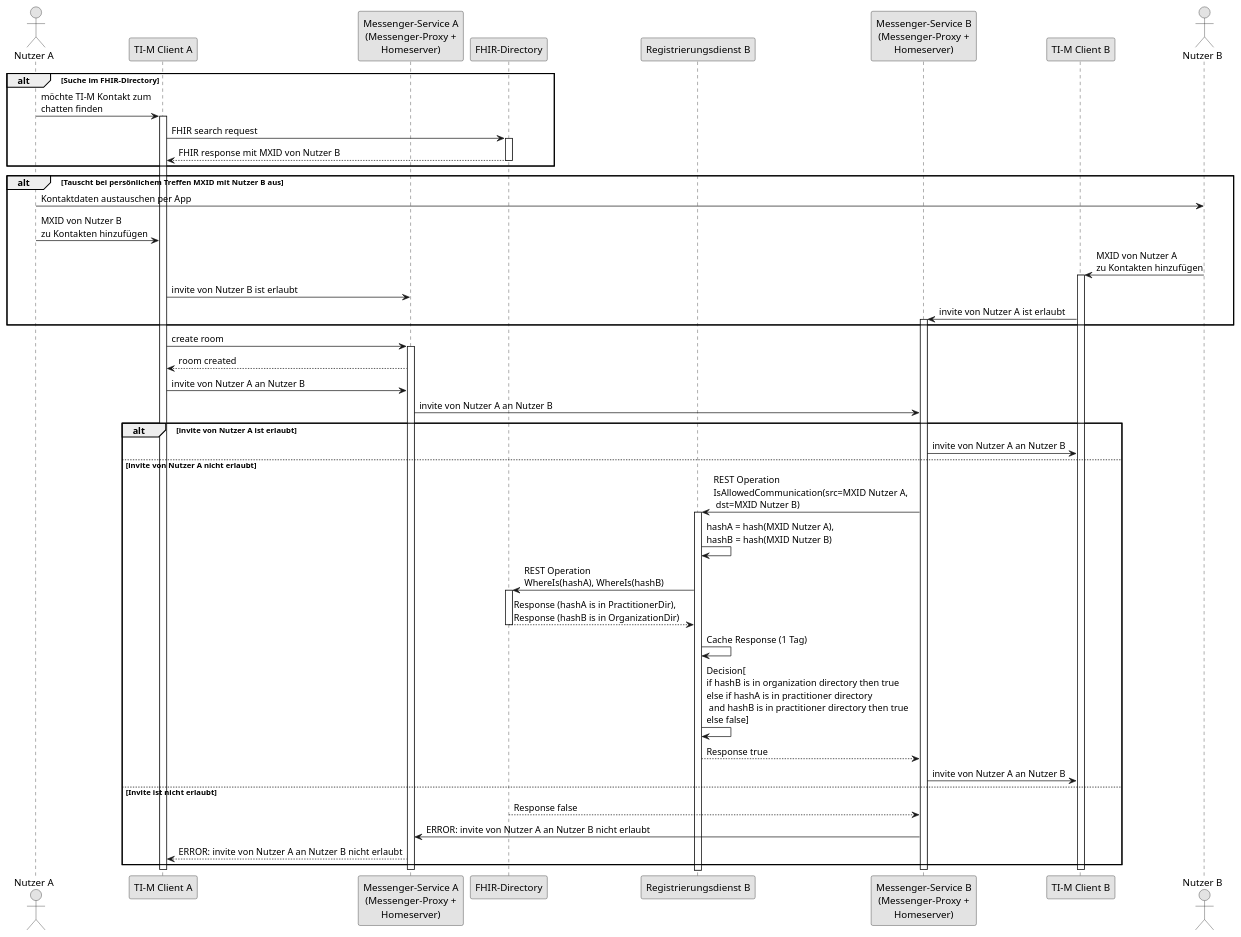
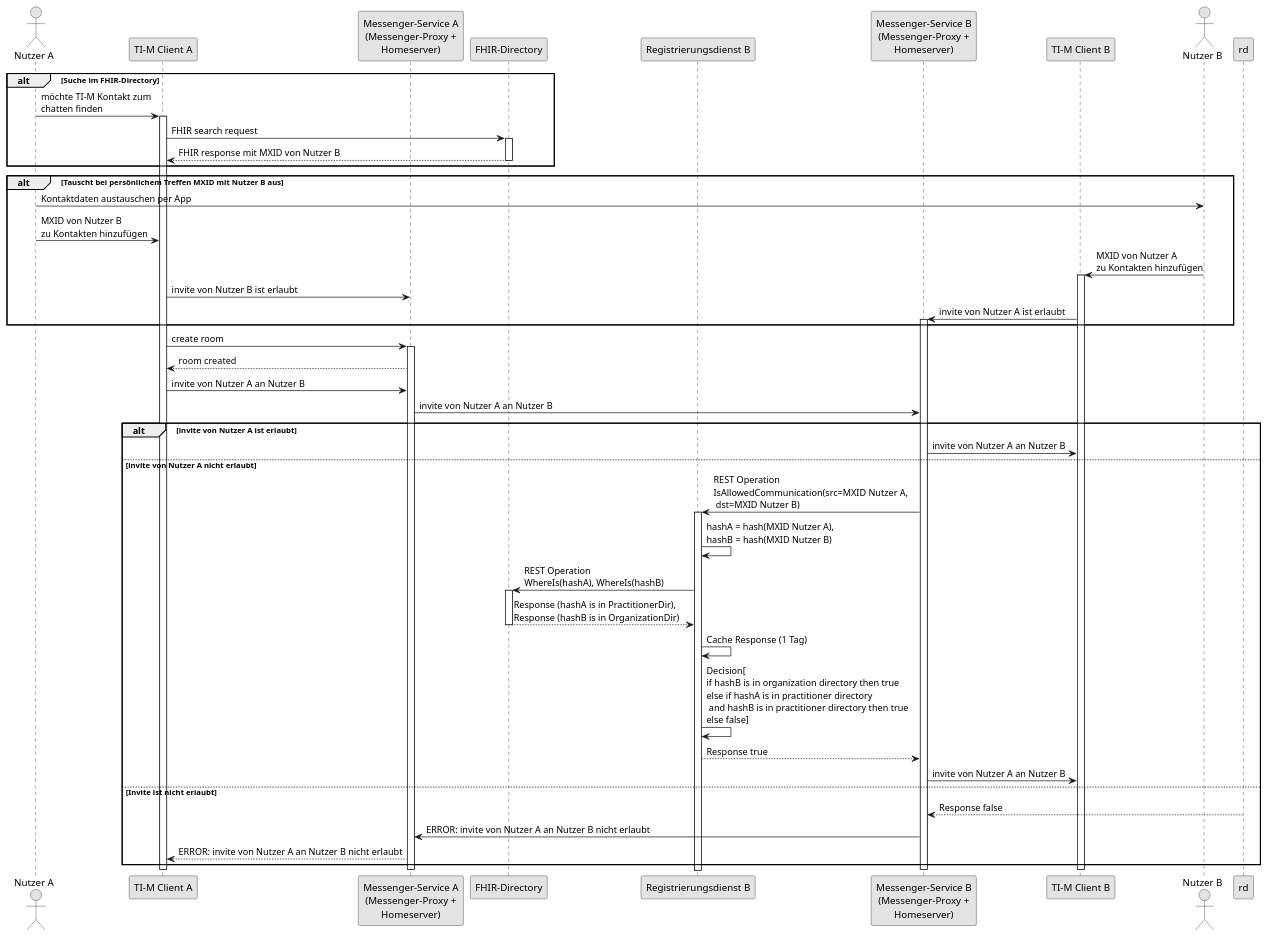
Before and after one commit to gematik/api-ti-messenger: the diagram in src/plantuml/architecture/Communication_control_without_PASSporT.puml, drawn with PlantUML.

```diff
--- a/src/plantuml/architecture/Communication_control_without_PASSporT.puml
+++ b/src/plantuml/architecture/Communication_control_without_PASSporT.puml
@@ -1,88 +1,88 @@
 @startuml TI-Messenger communication control without PASSporT
 /'
 Vorteile:
 - bessere Kompatibilität mit Matrix API
 - einfachere Architektur
 - keine Signaturprüfung von PASSporT im Messenger-Proxy
   - kein download von Signatur-, CA- und Root-Zertifikaten erforderlich (Schnittstelle und
     Spezifikation fehlen noch in aktueller Spec)
   - keine Abhängigkeit meht zu PT Infrastructure
 - Bessere Latenz bei Suchen im FHIR-Dir
   - einheitliche Schnittstelle im FHIR-Dir für TIM und KIM 2.0
   - geringere Abhängigkeit vom FHIR-Dir
 - Ermöglicht TI 2.0 Zero Trust Architektur (Policy Decision Point (PDP) ist entweder in
   Registrierungsdienst integriert oder eigenständige Komponente, Policy Enforcement Point ist der Messenger-Proxy)
   - einfache Erweiterung um zusätzliche Policies im PDP möglich (z. B. für Versicherte)
   - Sicherheit von TIM wird durch TIM-Komponenten kontrolliert (und nicht durch das FHIR-Dir)
 - Bessere UX für Austausch von TI-M Adressen bei persönlichem Kontakt.
   - Austausch von TIM Adressen grundsätzlich auch remote möglich
 
 Was muss getan werden, um ohne PASSporTs auszukommen?
 - PASSporT aus der TI-M Spec entfernen
 - PASSporT aus der FHIR-Dir Spec entfernen
 - REST Operationen am Messenger-Proxy spezifizieren (invite von MXIDs erlauben und Erlaubnis widerrufen,
   Dauer der Erlaubnis als Parameter)
 - zusätzliche REST Operationen an I_TIM_Provider_Services
 - Erläuternde Beschreibung der Abläufe zwischen Messenger-Proxy und Registrierungsdienst
 '/
 skinparam dpi 100
 skinparam WrapWidth 200
 skinparam monochrome true
 
 actor a as "Nutzer A"
 participant cl as "TI-M Client A"
 participant mp as "Messenger-Service A\n(Messenger-Proxy +\nHomeserver)"
 participant fd as "FHIR-Directory"
 participant rdb as "Registrierungsdienst B"
 participant mpb as "Messenger-Service B\n(Messenger-Proxy +\nHomeserver)"
 participant clb as "TI-M Client B"
 actor b as "Nutzer B"
 
 alt Suche im FHIR-Directory
 a -> cl: möchte TI-M Kontakt zum\nchatten finden
 activate cl
 cl -> fd: FHIR search request
 activate fd
 fd --> cl: FHIR response mit MXID von Nutzer B
 deactivate fd
 end
 alt Tauscht bei persönlichem Treffen MXID mit Nutzer B aus
 a -> b: Kontaktdaten austauschen per App
 a -> cl: MXID von Nutzer B\nzu Kontakten hinzufügen
 b -> clb: MXID von Nutzer A\nzu Kontakten hinzufügen
 activate clb
 cl -> mp: invite von Nutzer B ist erlaubt
 clb -> mpb: invite von Nutzer A ist erlaubt
 activate mpb
 end
 cl -> mp: create room
 activate mp
 mp --> cl: room created
 
 ' Invite
 cl -> mp: invite von Nutzer A an Nutzer B
 mp -> mpb: invite von Nutzer A an Nutzer B
 alt invite von Nutzer A ist erlaubt
 mpb -> clb: invite von Nutzer A an Nutzer B
 else invite von Nutzer A nicht erlaubt
 mpb -> rdb: REST Operation\nIsAllowedCommunication(src=MXID Nutzer A,\n dst=MXID Nutzer B)
 activate rdb
 rdb -> rdb: hashA = hash(MXID Nutzer A),\nhashB = hash(MXID Nutzer B)
 rdb -> fd: REST Operation\nWhereIs(hashA), WhereIs(hashB)
 activate fd
 fd --> rdb: Response (hashA is in PractitionerDir),\nResponse (hashB is in OrganizationDir)
 deactivate fd
 rdb -> rdb: Cache Response (1 Tag)
 rdb -> rdb: Decision[\nif hashB is in organization directory then true\nelse if hashA is in practitioner directory\n and hashB is in practitioner directory then true\nelse false]
 rdb --> mpb: Response true
 mpb -> clb: invite von Nutzer A an Nutzer B
 else Invite ist nicht erlaubt
-fd --> mpb: Response false
+rd --> mpb: Response false
 mpb -> mp: ERROR: invite von Nutzer A an Nutzer B nicht erlaubt
 mp --> cl: ERROR: invite von Nutzer A an Nutzer B nicht erlaubt
 end
 deactivate clb
 deactivate mpb
 deactivate mp
 deactivate cl
 @enduml
```
